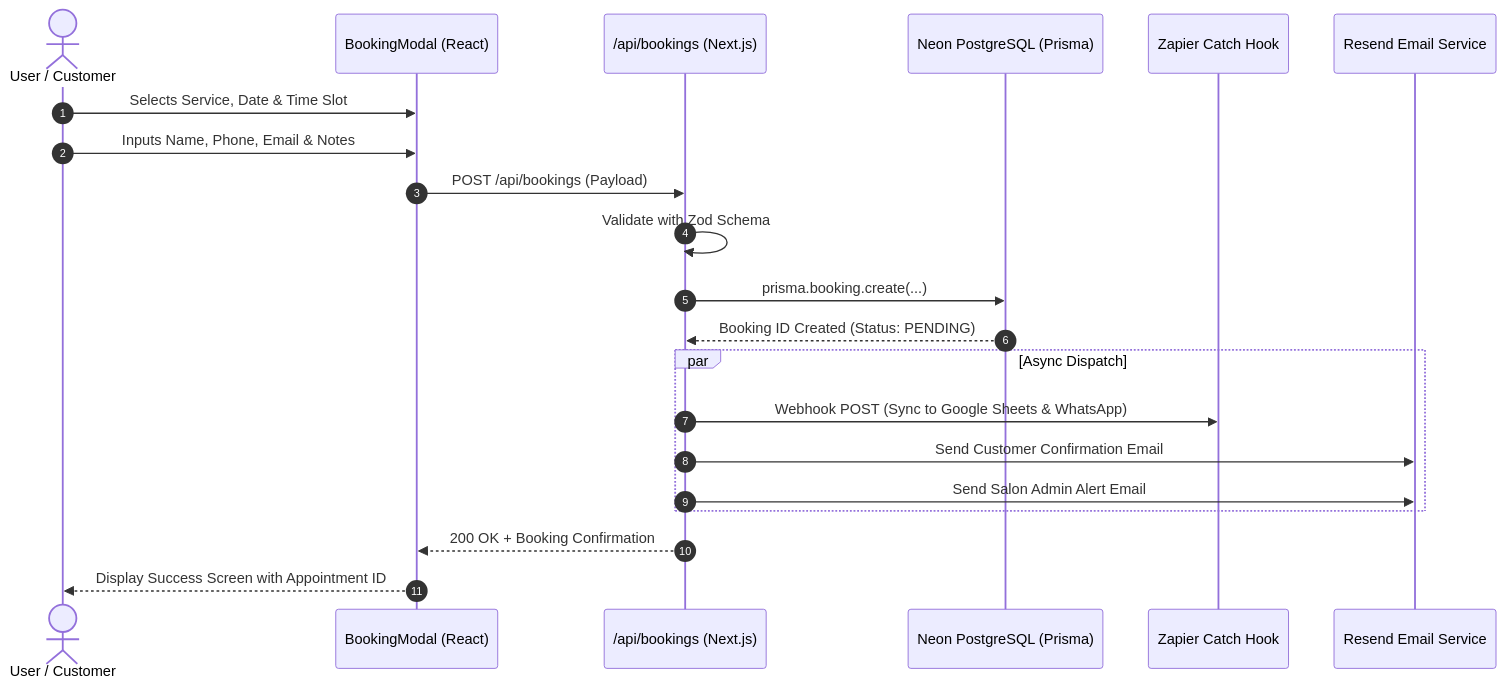
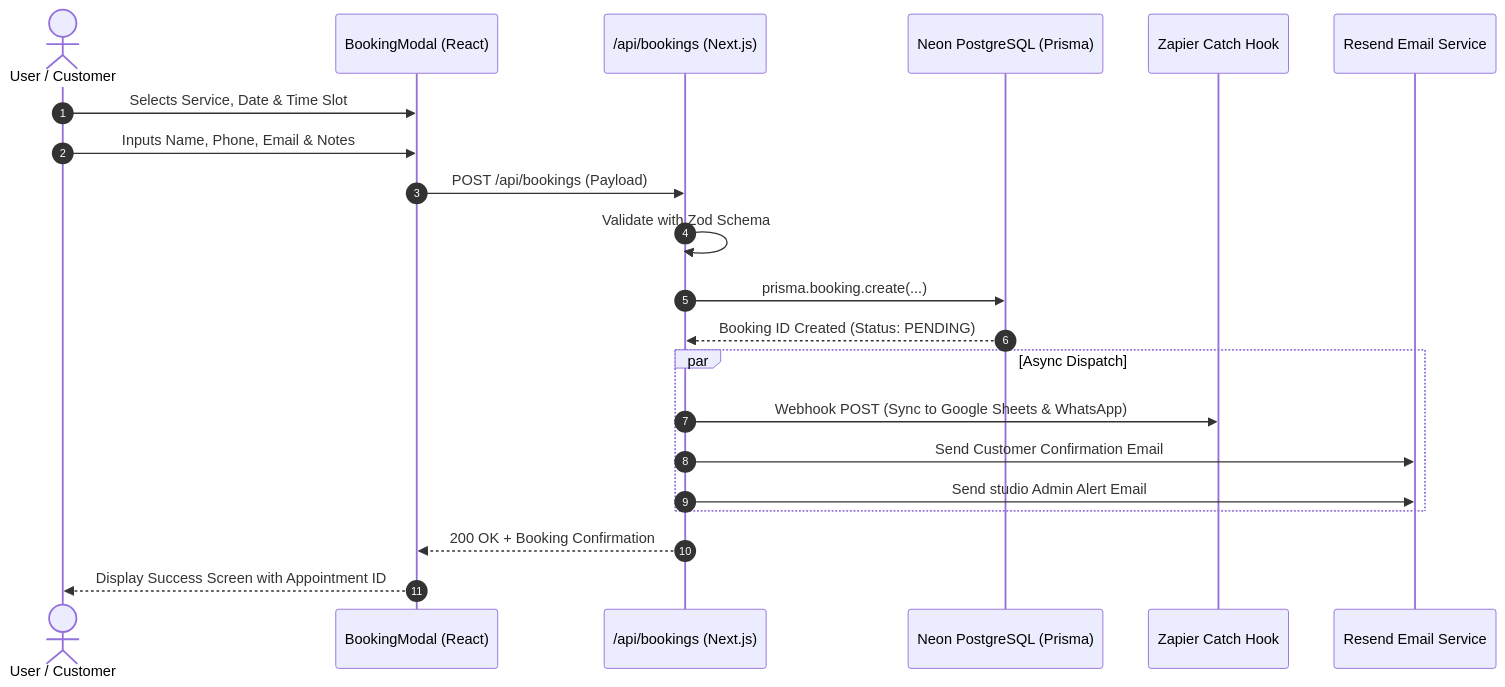
The second of 2 diagrams in docs/03-component-breakdown-and-data-flow.md (Himanshu-20002/greenandyoung), drawn with Mermaid before and after one commit. The commit also changed other lines of this file and 8 other files, not shown here.

````diff
--- a/docs/03-component-breakdown-and-data-flow.md
+++ b/docs/03-component-breakdown-and-data-flow.md
@@ -55,24 +55,24 @@
 ```mermaid
 sequenceDiagram
     autonumber
     actor Customer as User / Customer
     participant UI as BookingModal (React)
     participant API as /api/bookings (Next.js)
     participant DB as Neon PostgreSQL (Prisma)
     participant Zapier as Zapier Catch Hook
     participant Resend as Resend Email Service
 
     Customer->>UI: Selects Service, Date & Time Slot
     Customer->>UI: Inputs Name, Phone, Email & Notes
     UI->>API: POST /api/bookings (Payload)
     API->>API: Validate with Zod Schema
     API->>DB: prisma.booking.create(...)
     DB-->>API: Booking ID Created (Status: PENDING)
     par Async Dispatch
         API->>Zapier: Webhook POST (Sync to Google Sheets & WhatsApp)
         API->>Resend: Send Customer Confirmation Email
-        API->>Resend: Send Salon Admin Alert Email
+        API->>Resend: Send studio Admin Alert Email
     end
     API-->>UI: 200 OK + Booking Confirmation
     UI-->>Customer: Display Success Screen with Appointment ID
 ```
````
